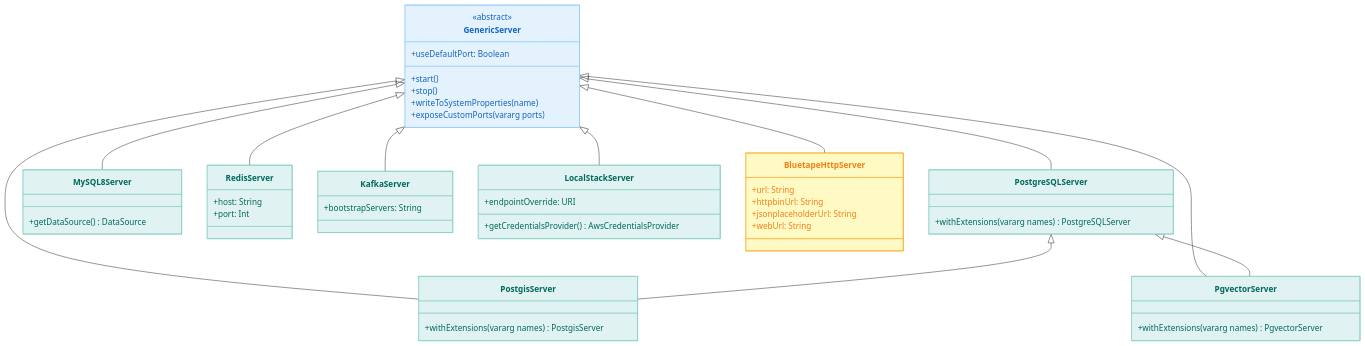
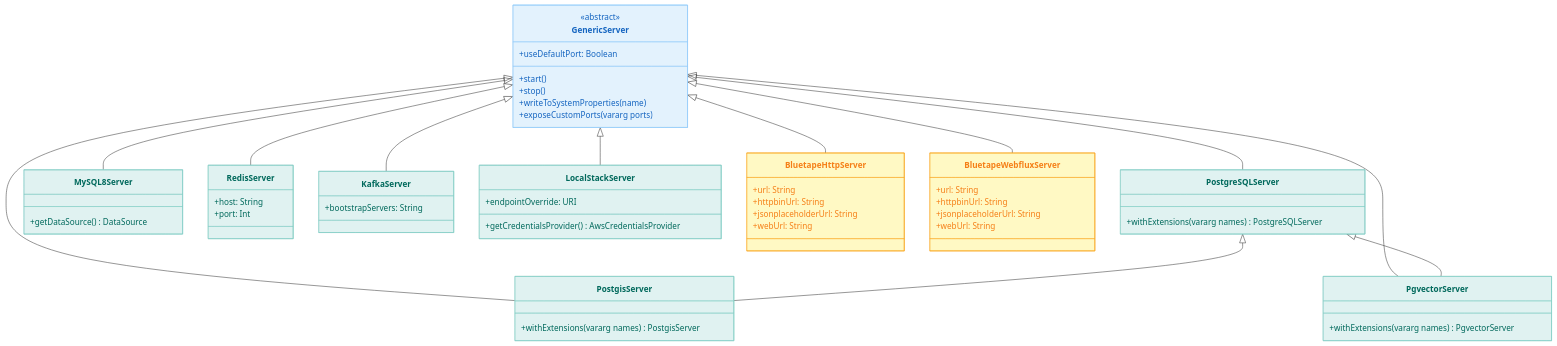
Before and after one commit to bluetape4k/bluetape4k-projects: the second of 4 diagrams in testing/testcontainers/README.ko.md, drawn with Mermaid. The commit also changed other lines of this file and 1 other file, not shown here.

First line of the commit message:
docs: testcontainers README에 BluetapeWebfluxServer 문서 추가

````diff
--- a/testing/testcontainers/README.ko.md
+++ b/testing/testcontainers/README.ko.md
@@ -39,61 +39,69 @@
 ```mermaid
 classDiagram
     class GenericServer {
         <<abstract>>
         +useDefaultPort: Boolean
         +start()
         +stop()
         +writeToSystemProperties(name)
         +exposeCustomPorts(vararg ports)
     }
     class PostgreSQLServer {
         +withExtensions(vararg names) PostgreSQLServer
     }
     class PostgisServer {
         +withExtensions(vararg names) PostgisServer
     }
     class PgvectorServer {
         +withExtensions(vararg names) PgvectorServer
     }
     class MySQL8Server {
         +getDataSource() DataSource
     }
     class RedisServer {
         +host: String
         +port: Int
     }
     class KafkaServer {
         +bootstrapServers: String
     }
     class LocalStackServer {
         +endpointOverride: URI
         +getCredentialsProvider() AwsCredentialsProvider
     }
     class BluetapeHttpServer {
         +url: String
         +httpbinUrl: String
         +jsonplaceholderUrl: String
         +webUrl: String
     }
+    class BluetapeWebfluxServer {
+        +url: String
+        +httpbinUrl: String
+        +jsonplaceholderUrl: String
+        +webUrl: String
+    }
 
     GenericServer <|-- PostgreSQLServer
     GenericServer <|-- PostgisServer
     GenericServer <|-- PgvectorServer
     GenericServer <|-- MySQL8Server
     GenericServer <|-- RedisServer
     GenericServer <|-- KafkaServer
     GenericServer <|-- LocalStackServer
     GenericServer <|-- BluetapeHttpServer
+    GenericServer <|-- BluetapeWebfluxServer
     PostgreSQLServer <|-- PostgisServer
     PostgreSQLServer <|-- PgvectorServer
 
     style GenericServer fill:#E3F2FD,stroke:#90CAF9,color:#1565C0
     style PostgreSQLServer fill:#E0F2F1,stroke:#80CBC4,color:#00695C
     style PostgisServer fill:#E0F2F1,stroke:#80CBC4,color:#00695C
     style PgvectorServer fill:#E0F2F1,stroke:#80CBC4,color:#00695C
     style MySQL8Server fill:#E0F2F1,stroke:#80CBC4,color:#00695C
     style RedisServer fill:#E0F2F1,stroke:#80CBC4,color:#00695C
     style KafkaServer fill:#E0F2F1,stroke:#80CBC4,color:#00695C
     style LocalStackServer fill:#E0F2F1,stroke:#80CBC4,color:#00695C
     style BluetapeHttpServer fill:#FFF9C4,stroke:#F9A825,color:#F57F17
+    style BluetapeWebfluxServer fill:#FFF9C4,stroke:#F9A825,color:#F57F17
 ```
````
